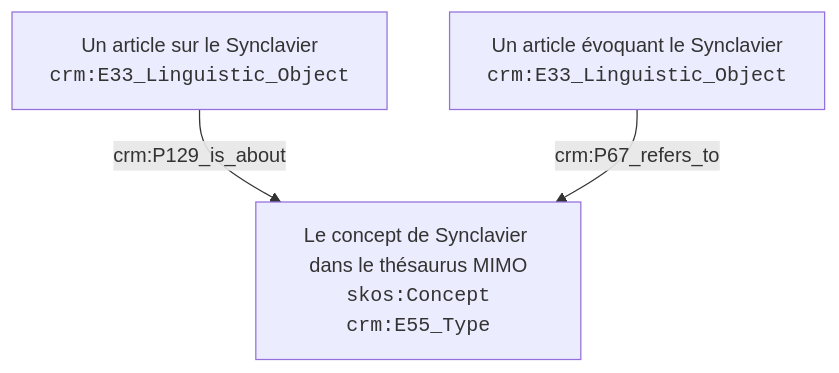
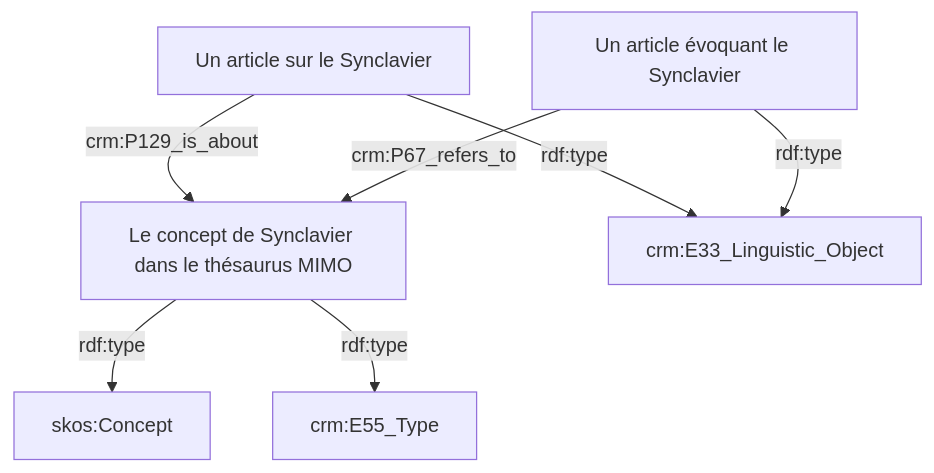
Before and after one commit to sherlock-iremus/sherlock: the diagram in sherlock_model_indexing.md, drawn with Mermaid.

````diff
--- a/sherlock_model_indexing.md
+++ b/sherlock_model_indexing.md
@@ -14,15 +14,20 @@
 ```mermaid
     flowchart TB
 
-    A[Un article sur le Synclavier<div style="font-family: monospace;">crm:E33_Linguistic_Object</div>]
+    A[Un article sur le Synclavier]
     click A "https://fr.wikipedia.org/wiki/Synclavier"
 
-    B[Un article évoquant le Synclavier<div style="font-family: monospace;">crm:E33_Linguistic_Object</div>]
+    B[Un article évoquant le Synclavier]
     click B "https://www.soundonsound.com/people/mark-snow-scoring-x-files"
     
-    C[Le concept de Synclavier dans le thésaurus MIMO<div style="font-family: monospace;">skos:Concept<br>crm:E55_Type</div>]
+    C[Le concept de Synclavier dans le thésaurus MIMO]
     click C "https://vocabulary.mimo-international.com/InstrumentsKeywords/fr/page/2320"
    
     A -->|crm:P129_is_about| C
     B -->|crm:P67_refers_to| C
+
+    A -->|rdf:type| crm:E33_Linguistic_Object
+    B -->|rdf:type| crm:E33_Linguistic_Object
+    C -->|rdf:type| skos:Concept
+    C -->|rdf:type| crm:E55_Type
 ```
````
